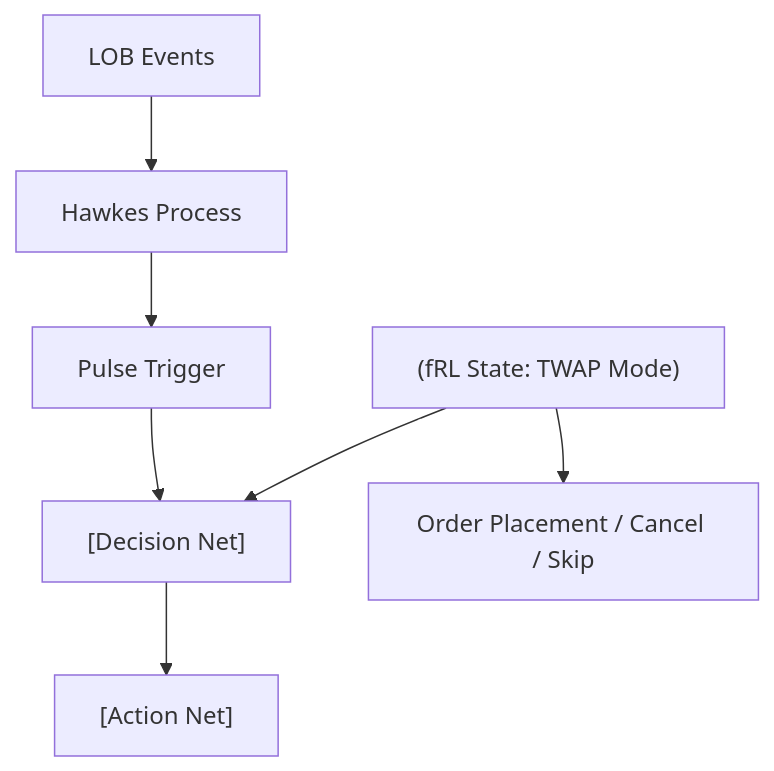
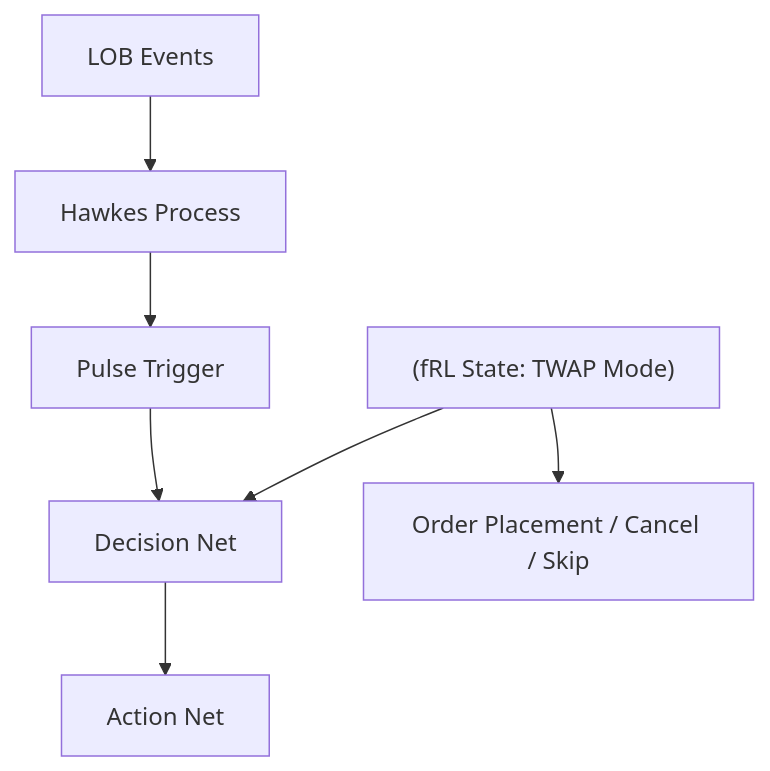
Before and after one commit to sou350121/Trading-Handbook: the diagram in foundations/market-microstructure/hawkes-lob-ppo-sil.md, drawn with Mermaid. The commit also changed 191 other files, not shown here.

First line of the commit message:
render: fix math + mermaid for GitHub across the corpus (188 pages)

````diff
--- a/foundations/market-microstructure/hawkes-lob-ppo-sil.md
+++ b/foundations/market-microstructure/hawkes-lob-ppo-sil.md
@@ -29,9 +29,9 @@
 ```mermaid
 flowchart TD
     A["LOB Events"] --> B["Hawkes Process"]
     B["Hawkes Process"] --> C["Pulse Trigger"]
-    C["Pulse Trigger"] --> D["[Decision Net]"]
-    D["[Decision Net]"] --> E["[Action Net]"]
-    F["(fRL State: TWAP Mode)"] --> D["[Decision Net]"]
+    C["Pulse Trigger"] --> D["Decision Net"]
+    D["Decision Net"] --> E["Action Net"]
+    F["(fRL State: TWAP Mode)"] --> D["Decision Net"]
     F["(fRL State: TWAP Mode)"] --> G["Order Placement / Cancel / Skip"]
 ```
````
